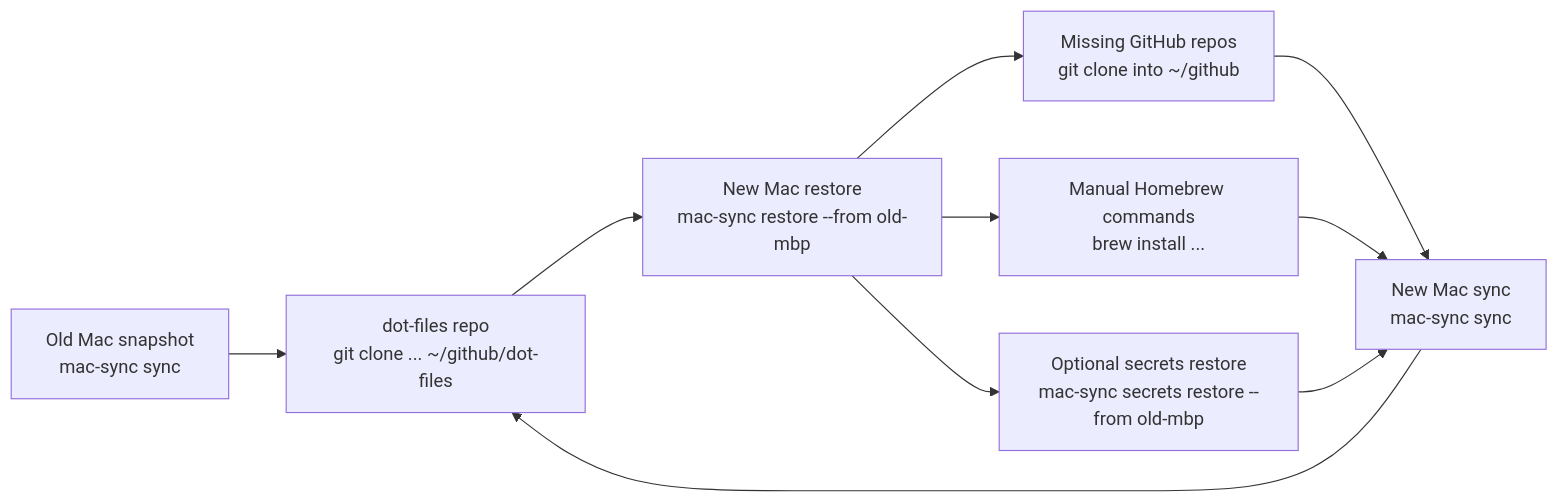
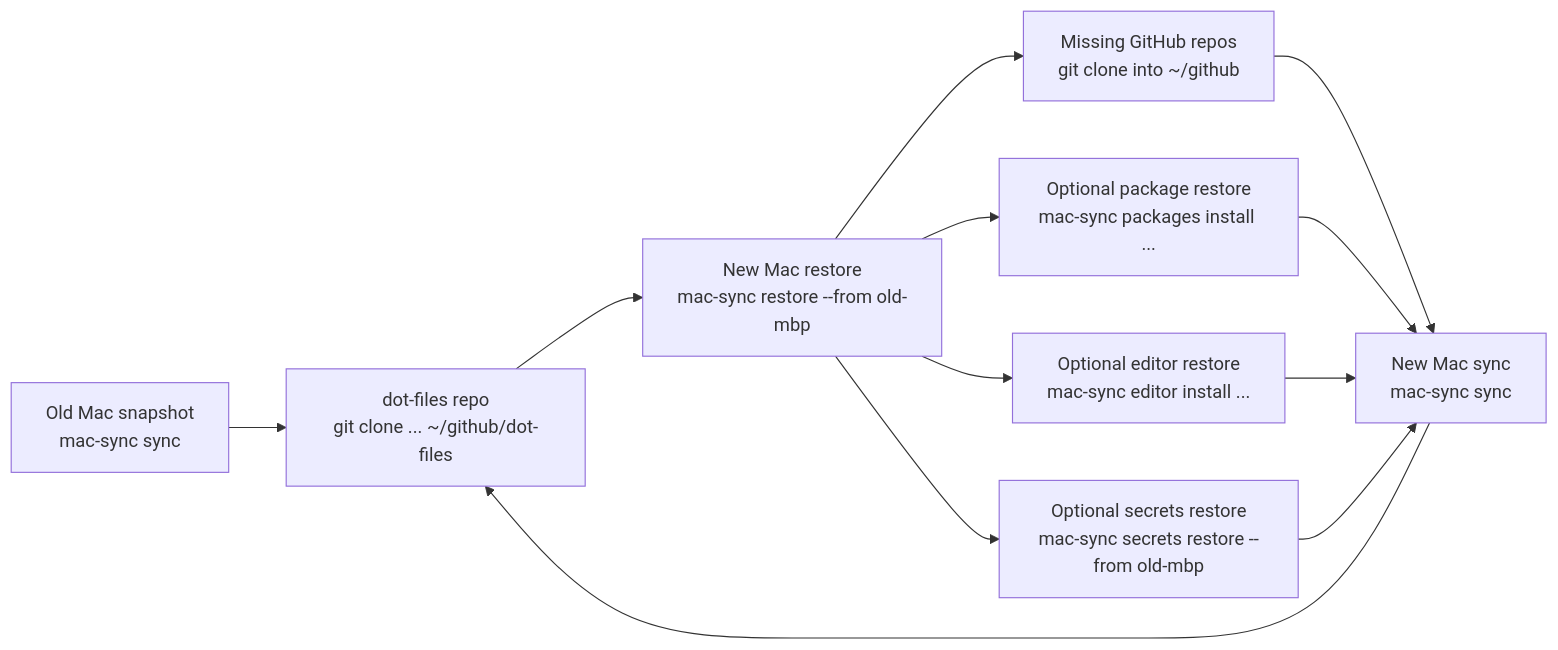
Before and after one commit to stephenlclarke/mac-sync: the fourth of 4 diagrams in WORKFLOW.md, drawn with Mermaid. The commit also changed other lines of this file and 8 other files, not shown here.

Commit message:
feat: move restore operations into mac-sync

````diff
--- a/WORKFLOW.md
+++ b/WORKFLOW.md
@@ -341,12 +343,14 @@
 ```mermaid
 flowchart LR
   Old["Old Mac snapshot<br/>mac-sync sync"] --> Dot["dot-files repo<br/>git clone ... ~/github/dot-files"]
   Dot --> New["New Mac restore<br/>mac-sync restore --from old-mbp"]
   New --> Repos["Missing GitHub repos<br/>git clone into ~/github"]
-  New --> Brew["Manual Homebrew commands<br/>brew install ..."]
+  New --> Brew["Optional package restore<br/>mac-sync packages install ..."]
+  New --> Editor["Optional editor restore<br/>mac-sync editor install ..."]
   New --> Secrets["Optional secrets restore<br/>mac-sync secrets restore --from old-mbp"]
   Repos --> Sync["New Mac sync<br/>mac-sync sync"]
   Brew --> Sync["New Mac sync<br/>mac-sync sync"]
+  Editor --> Sync["New Mac sync<br/>mac-sync sync"]
   Secrets --> Sync
   Sync --> Dot
 ```
````
